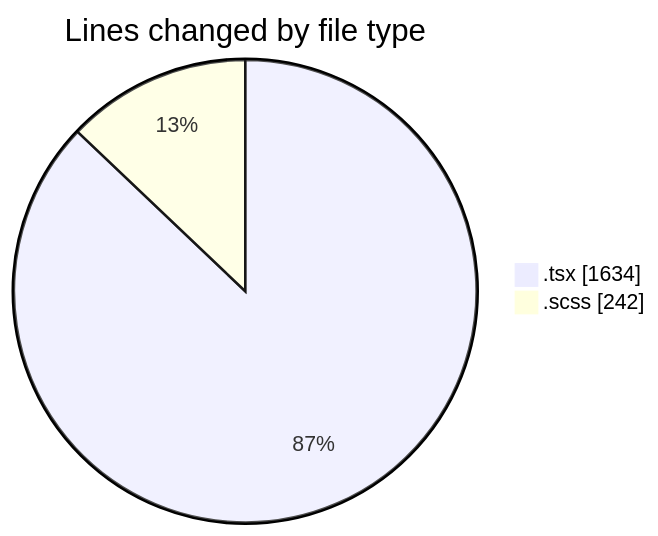
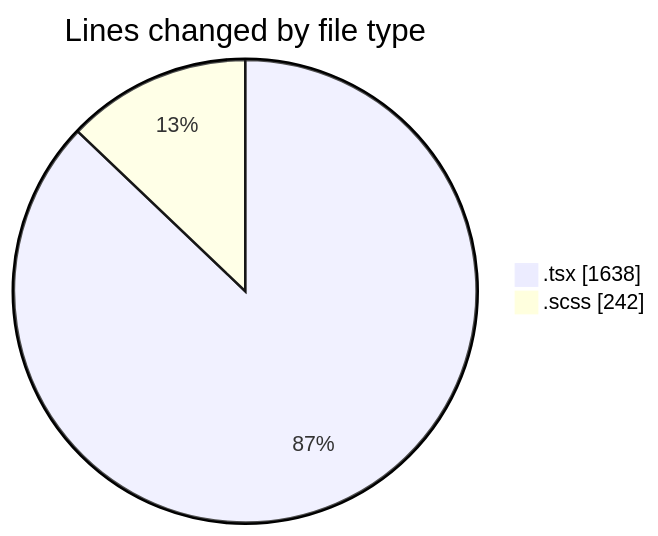
Before and after one commit to momahboobian/code-tracking: the first of 2 diagrams in 2025-07-03/cda/README.md, drawn with Mermaid. The commit also changed other lines of this file and 1 other file, not shown here.

````diff
--- a/2025-07-03/cda/README.md
+++ b/2025-07-03/cda/README.md
@@ -28,6 +28,6 @@
 ```mermaid
 pie showData
 title Lines changed by file type
-".tsx" : 1634
+".tsx" : 1638
 ".scss" : 242
 ```
````
